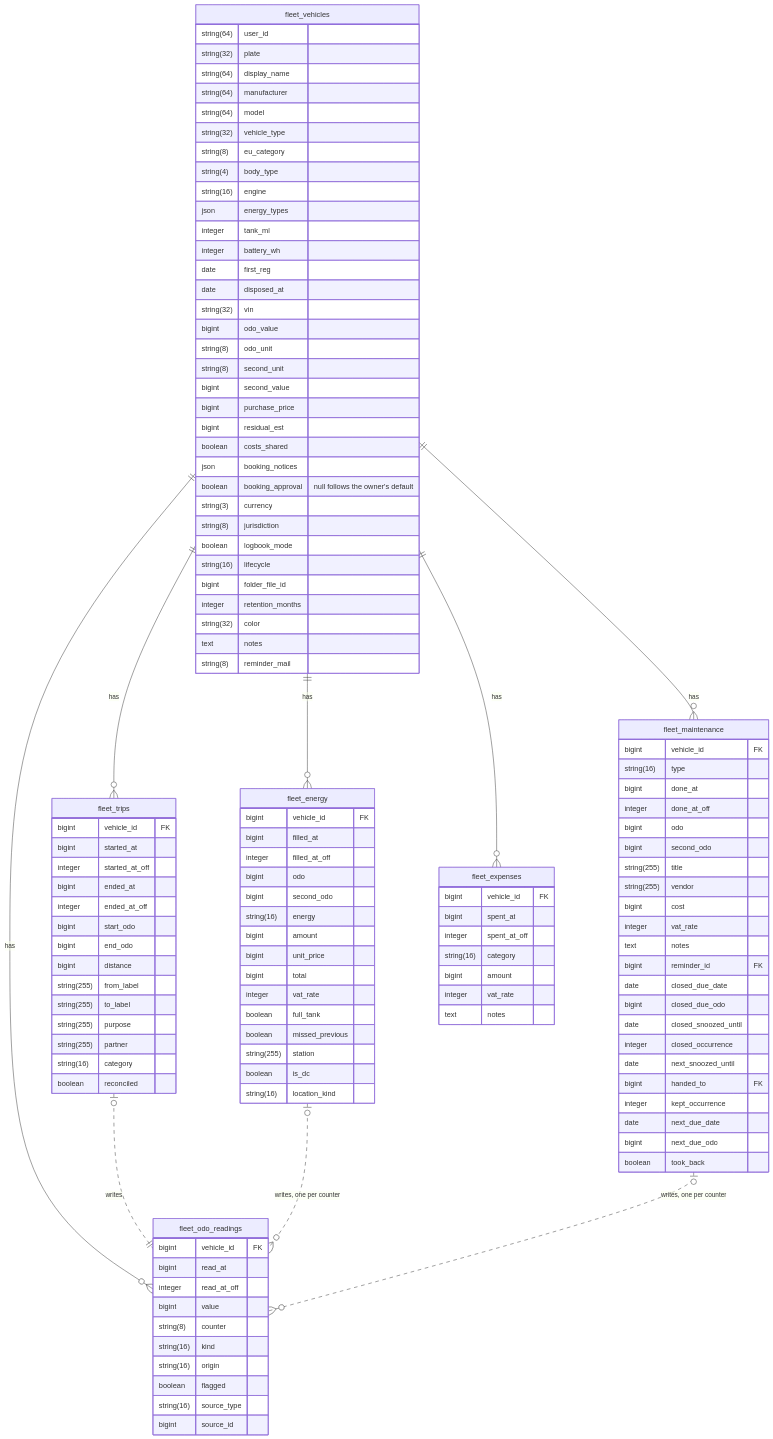
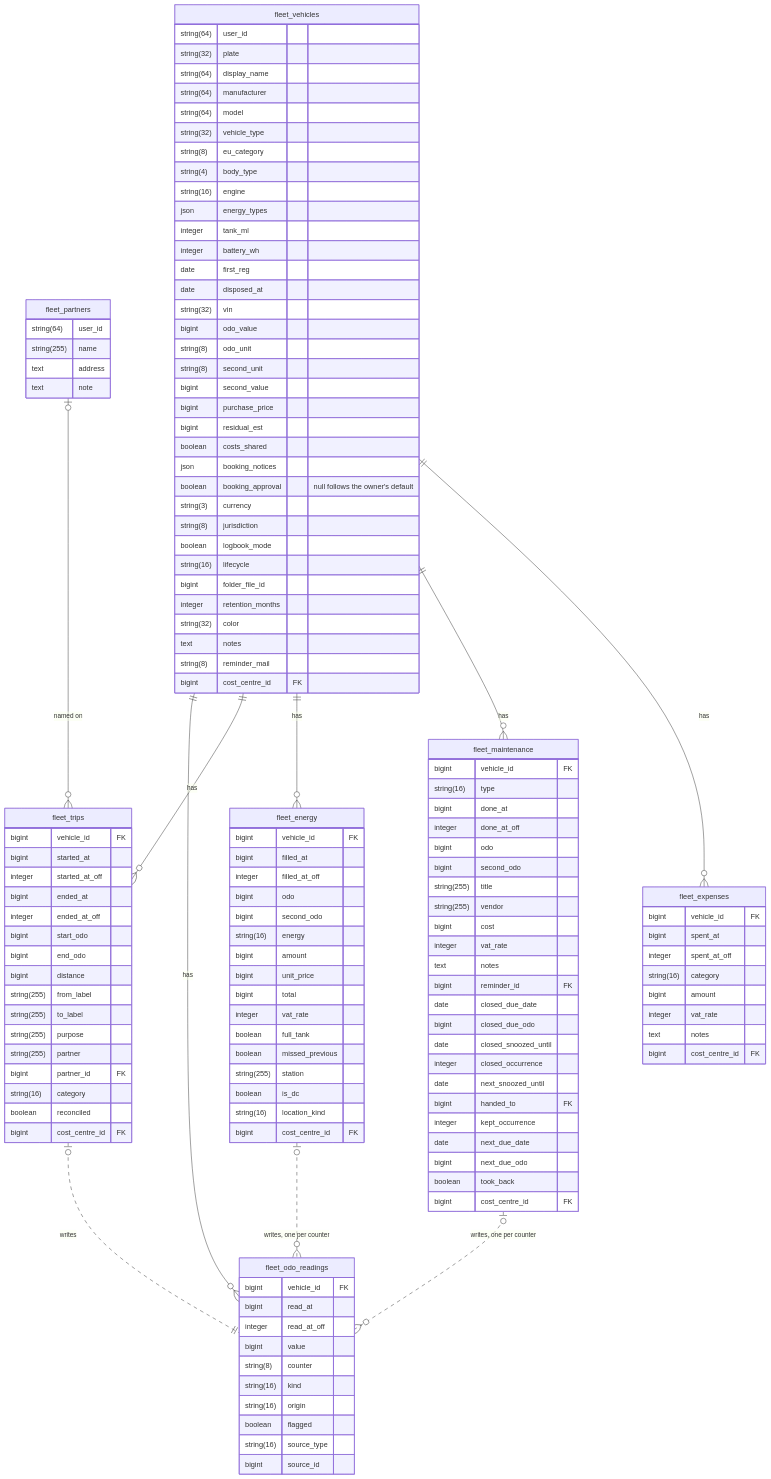
The first of 7 diagrams in docs/design/data-model.md (typical42/next-fleet), drawn with Mermaid before and after one commit. The commit also changed other lines of this file and 205 other files, not shown here.

````diff
--- a/docs/design/data-model.md
+++ b/docs/design/data-model.md
@@ -28,6 +30,7 @@
     fleet_trips |o..|| fleet_odo_readings : "writes"
     fleet_energy |o..o{ fleet_odo_readings : "writes, one per counter"
     fleet_maintenance |o..o{ fleet_odo_readings : "writes, one per counter"
+    fleet_partners |o--o{ fleet_trips : "named on"
 
     fleet_vehicles {
         string(64) user_id
@@ -63,6 +66,7 @@
         string(32) color
         text notes
         string(8) reminder_mail
+        bigint cost_centre_id FK
     }
     fleet_odo_readings {
         bigint vehicle_id FK
@@ -89,8 +93,16 @@
         string(255) to_label
         string(255) purpose
         string(255) partner
+        bigint partner_id FK
         string(16) category
         boolean reconciled
+        bigint cost_centre_id FK
+    }
+    fleet_partners {
+        string(64) user_id
+        string(255) name
+        text address
+        text note
     }
     fleet_energy {
         bigint vehicle_id FK
@@ -108,6 +120,7 @@
         string(255) station
         boolean is_dc
         string(16) location_kind
+        bigint cost_centre_id FK
     }
     fleet_maintenance {
         bigint vehicle_id FK
@@ -132,6 +145,7 @@
         date next_due_date
         bigint next_due_odo
         boolean took_back
+        bigint cost_centre_id FK
     }
     fleet_expenses {
         bigint vehicle_id FK
@@ -141,5 +155,6 @@
         bigint amount
         integer vat_rate
         text notes
+        bigint cost_centre_id FK
     }
 ```
````
